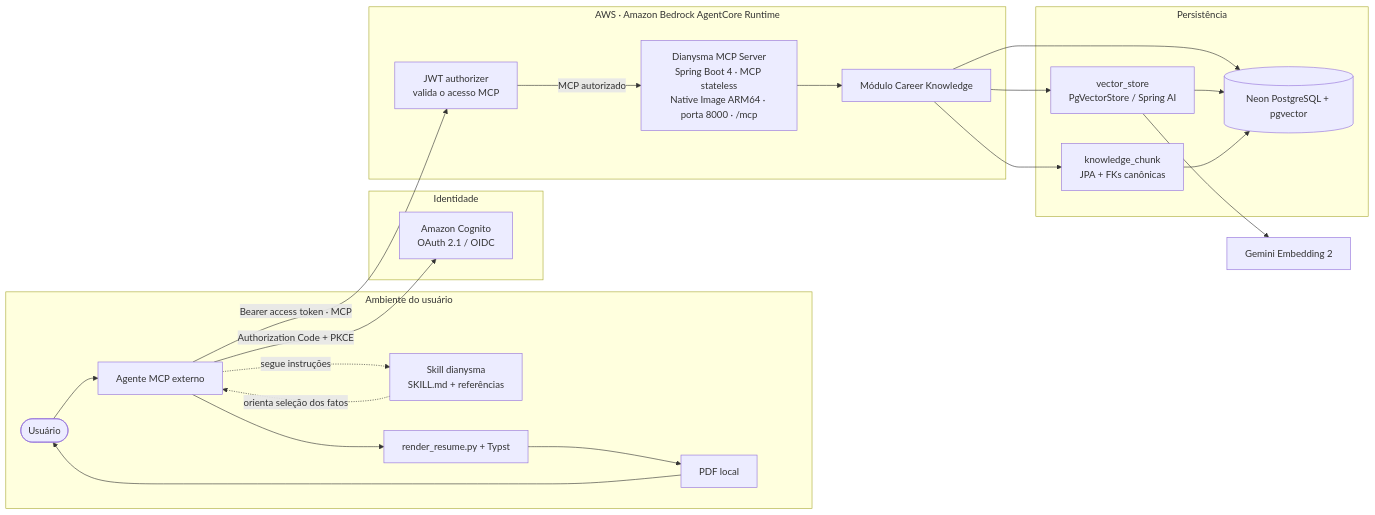
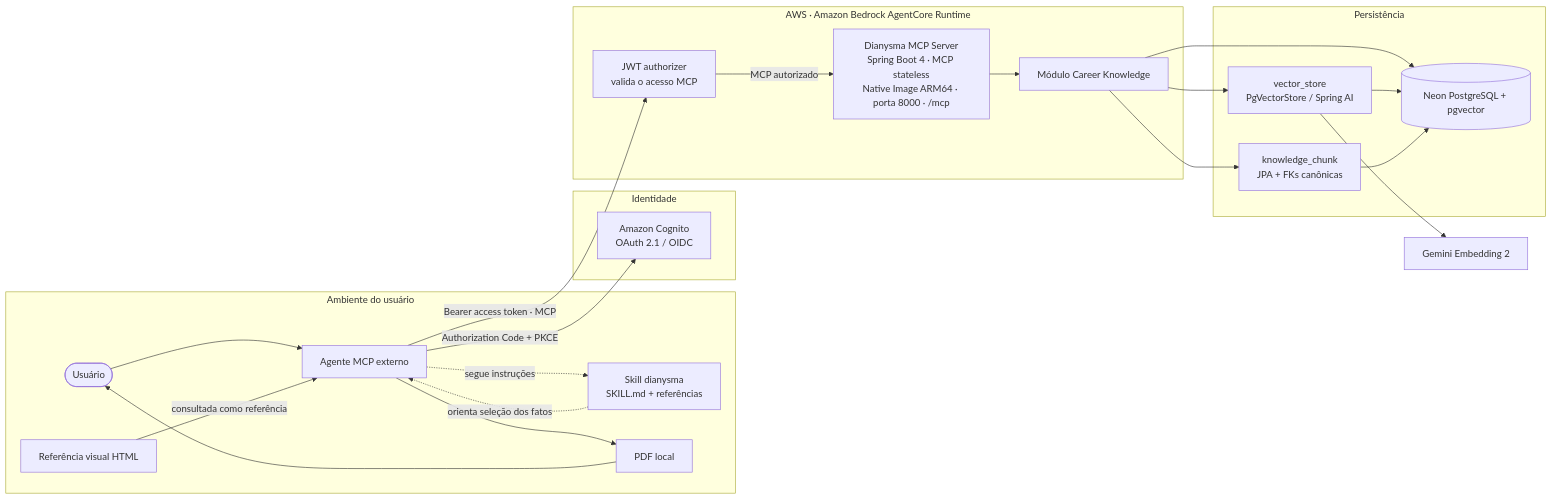
Before and after one commit to wskr00/dianysma: the diagram in docs/architecture-components.mmd, drawn with Mermaid. The commit also changed 11 other files, not shown here.

```diff
--- a/docs/architecture-components.mmd
+++ b/docs/architecture-components.mmd
@@ -1,43 +1,43 @@
 flowchart LR
     subgraph CLIENT["Ambiente do usuário"]
         USER([Usuário])
         AGENT["Agente MCP externo"]
         SKILL["Skill dianysma\nSKILL.md + referências"]
-        RENDER["render_resume.py + Typst"]
+        STYLE["Referência visual HTML"]
         PDF["PDF local"]
     end
 
     subgraph IDENTITY["Identidade"]
         COGNITO["Amazon Cognito\nOAuth 2.1 / OIDC"]
     end
 
     subgraph AWS["AWS · Amazon Bedrock AgentCore Runtime"]
         RUNTIME["JWT authorizer\nvalida o acesso MCP"]
         APP["Dianysma MCP Server\nSpring Boot 4 · MCP stateless\nNative Image ARM64 · porta 8000 · /mcp"]
         KNOWLEDGE["Módulo Career Knowledge"]
     end
 
     subgraph DATA["Persistência"]
         DB[("Neon PostgreSQL + pgvector")]
         VSTORE["vector_store\nPgVectorStore / Spring AI"]
         CHUNK["knowledge_chunk\nJPA + FKs canônicas"]
     end
 
     EMB["Gemini Embedding 2"]
 
     USER --> AGENT
     AGENT -. "segue instruções" .-> SKILL
     AGENT -->|"Authorization Code + PKCE"| COGNITO
     AGENT -->|"Bearer access token · MCP"| RUNTIME
     RUNTIME -->|"MCP autorizado"| APP
     APP --> KNOWLEDGE
     KNOWLEDGE --> DB
     KNOWLEDGE --> VSTORE
     KNOWLEDGE --> CHUNK
     VSTORE --> DB
     CHUNK --> DB
     VSTORE --> EMB
-    AGENT --> RENDER
+    STYLE -->|"consultada como referência"| AGENT
     SKILL -. "orienta seleção dos fatos" .-> AGENT
-    RENDER --> PDF
+    AGENT --> PDF
     PDF --> USER
```
